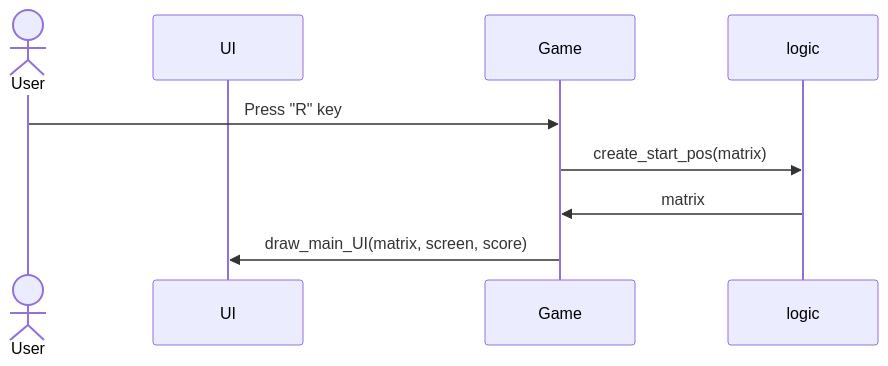
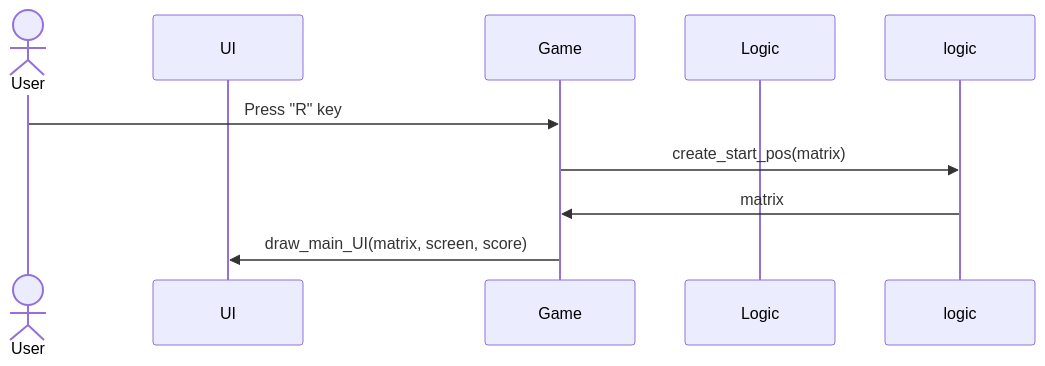
Before and after one commit to Jusq17/ot-harjoitustyo: the fourth of 5 diagrams in Dokumentaatio/arkkitehtuuri.md, drawn with Mermaid. The commit also changed other lines of this file, not shown here.

````diff
--- a/Dokumentaatio/arkkitehtuuri.md
+++ b/Dokumentaatio/arkkitehtuuri.md
@@ -138,12 +138,12 @@
 ```mermaid
 sequenceDiagram
   actor User
   participant UI
   participant Game
-  participant logic
+  participant Logic
   User->>Game: Press "R" key
   Game->>logic: create_start_pos(matrix)
   logic->>Game: matrix
   Game->>UI: draw_main_UI(matrix, screen, score)
   
 ```
````
